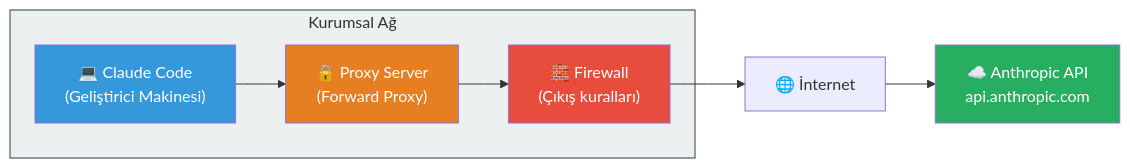
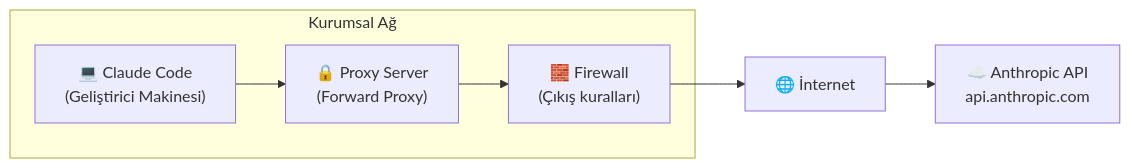
The first of 4 diagrams in 18-kurumsal-kullanim/04-ag-ve-proxy-konfigurasyonu.md (IzzetYasinAtes/ClaudeCodeHandbook), drawn with Mermaid before and after one commit. The commit also changed other lines of this file and 97 other files, not shown here.

Commit message:
Remove all custom Mermaid style/fill colors from 98 markdown files for consistent dark theme rendering

````diff
--- a/18-kurumsal-kullanim/04-ag-ve-proxy-konfigurasyonu.md
+++ b/18-kurumsal-kullanim/04-ag-ve-proxy-konfigurasyonu.md
@@ -18,19 +18,14 @@
 ```mermaid
 flowchart LR
     CC["💻 Claude Code<br/>(Geliştirici Makinesi)"] --> PROXY["🔒 Proxy Server<br/>(Forward Proxy)"]
     PROXY --> FIREWALL["🧱 Firewall<br/>(Çıkış kuralları)"]
     FIREWALL --> INTERNET["🌐 İnternet"]
     INTERNET --> API["☁️ Anthropic API<br/>api.anthropic.com"]
 
     subgraph corporate ["Kurumsal Ağ"]
         CC
         PROXY
         FIREWALL
     end
 
-    style CC fill:#3498DB,color:#fff
-    style PROXY fill:#E67E22,color:#fff
-    style FIREWALL fill:#E74C3C,color:#fff
-    style API fill:#27AE60,color:#fff
-    style corporate fill:#ECF0F1,stroke:#2C3E50
 ```
````
